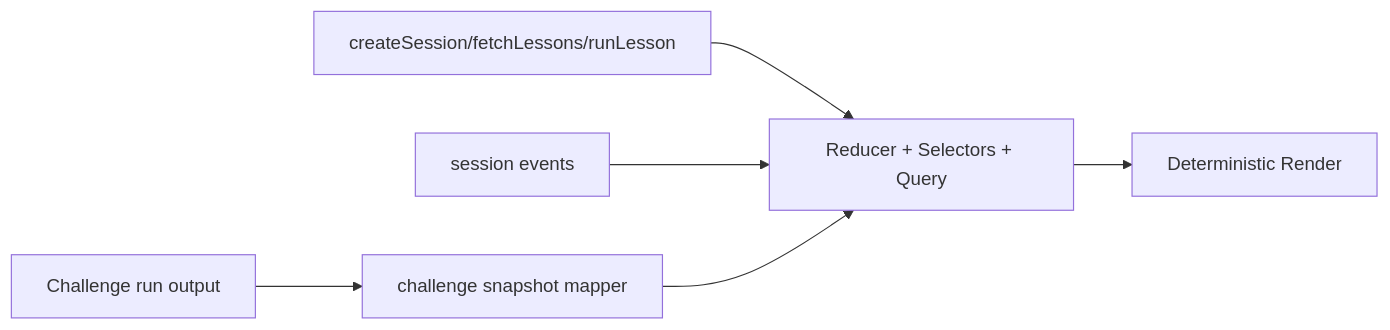
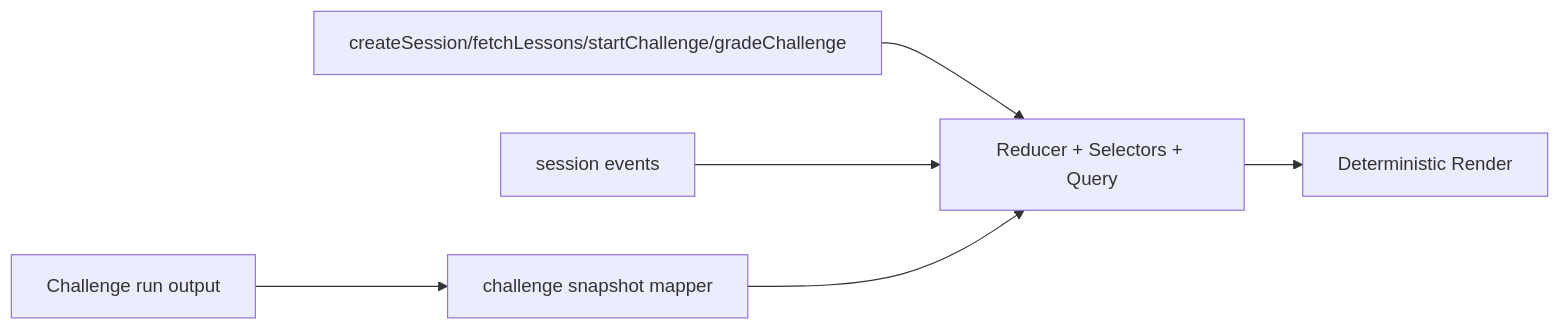
The second of 2 diagrams in feature/04-web-ui.md (gachu2002/os-simulator), drawn with Mermaid before and after one commit. The commit also changed other lines of this file and 39 other files, not shown here.

Commit message:
refactor: remove sandbox mode and consolidate challenge-only flow

````diff
--- a/feature/04-web-ui.md
+++ b/feature/04-web-ui.md
@@ -21,8 +17,8 @@
 ```mermaid
 flowchart LR
-  HTTP[createSession/fetchLessons/runLesson] --> STATE[Reducer + Selectors + Query]
+  HTTP[createSession/fetchLessons/startChallenge/gradeChallenge] --> STATE[Reducer + Selectors + Query]
   WS[session events] --> STATE
   RUN[Challenge run output] --> MAP[challenge snapshot mapper]
   MAP --> STATE
   STATE --> UI[Deterministic Render]
 ```
````
